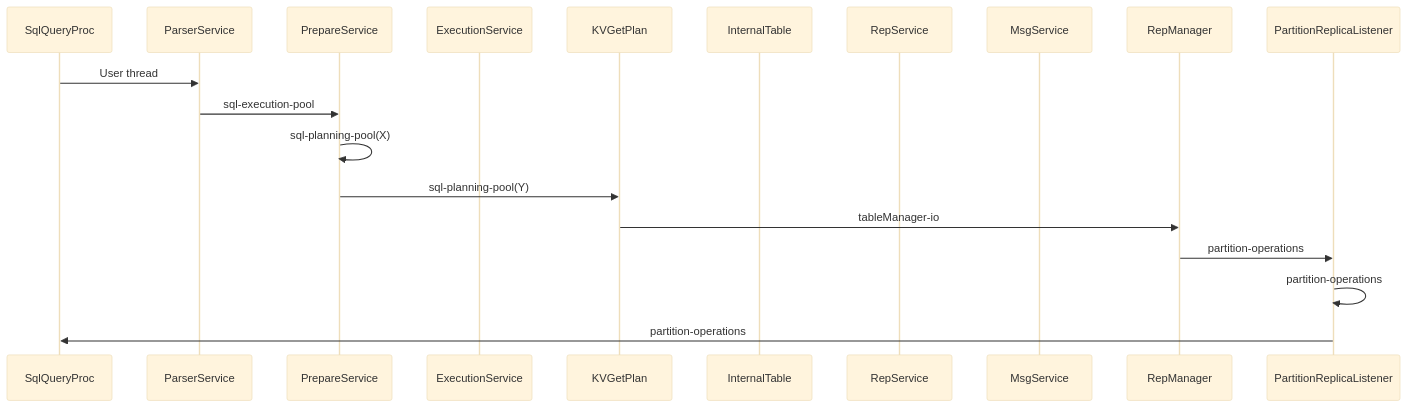
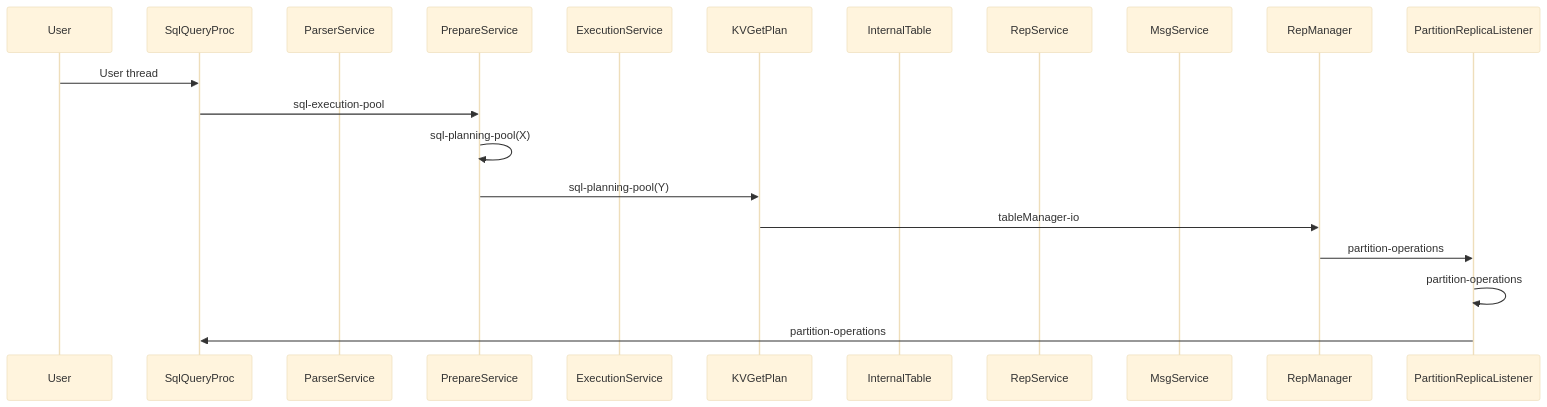
One commit to gridgain/apache-ignite-3 changed the third of 4 diagrams in thread-traces.md. Above: the diagram before and after it, drawn with Mermaid (base theme). The commit also changed other lines of this file, not shown here.

````diff
--- a/thread-traces.md
+++ b/thread-traces.md
@@ -60,22 +60,23 @@
 ```mermaid
 sequenceDiagram
+participant User
 participant SQLProc as SqlQueryProc
 participant ParserService
 participant PrepareService
 participant ExecutionService
 participant KVGetPlan
 participant InternalTable
 participant RepService
 participant MsgService
 participant RepManager
 participant PRL as PartitionReplicaListener
 
-SQLProc ->> ParserService: User thread
-ParserService ->> PrepareService: sql-execution-pool
+User ->> SQLProc: User thread
+SQLProc ->> PrepareService: sql-execution-pool
 PrepareService ->> PrepareService: sql-planning-pool(X)
 PrepareService ->> KVGetPlan: sql-planning-pool(Y)
 KVGetPlan ->> RepManager: tableManager-io
 RepManager ->> PRL: partition-operations
 PRL ->> PRL: partition-operations
 PRL ->> SQLProc: partition-operations
 ```
````
